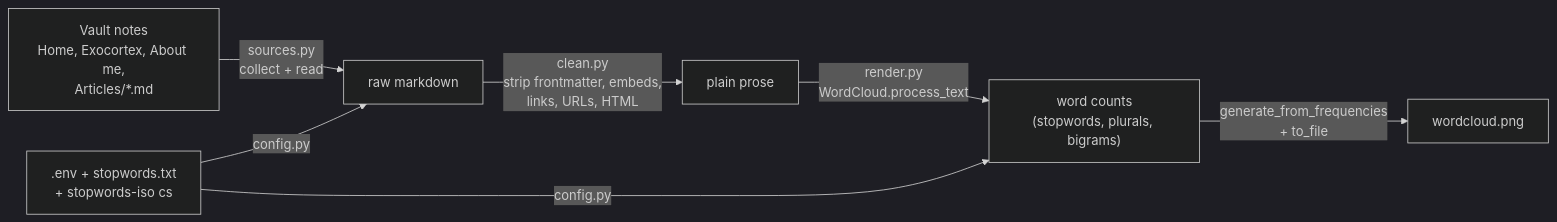
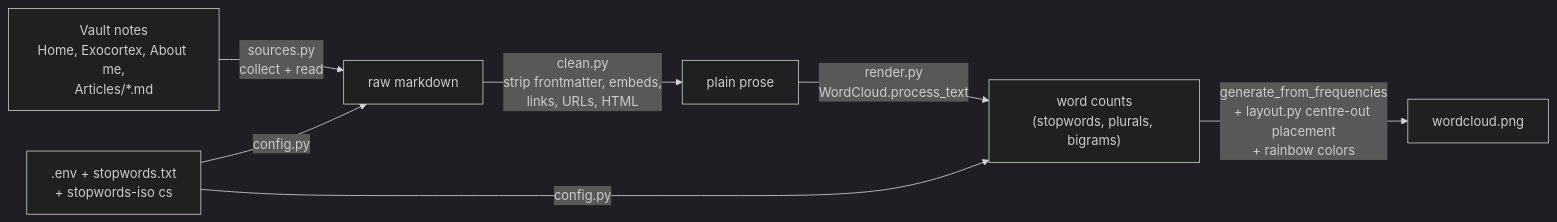
The diagram in README.md (BurnyCoder/curated-wordcloud), drawn with Mermaid (dark theme) before and after one commit. The commit also changed other lines of this file and 3 other files, not shown here.

First line of the commit message:
Wordcloud: center big words, flatter sizes, rainbow colors

````diff
--- a/README.md
+++ b/README.md
@@ -11,8 +11,8 @@
 ```mermaid
 flowchart LR
     A["Vault notes<br/>Home, Exocortex, About me,<br/>Articles/*.md"] -->|sources.py<br/>collect + read| B[raw markdown]
     B -->|clean.py<br/>strip frontmatter, embeds,<br/>links, URLs, HTML| C[plain prose]
     C -->|render.py<br/>WordCloud.process_text| D["word counts<br/>(stopwords, plurals, bigrams)"]
-    D -->|generate_from_frequencies<br/>+ to_file| E[wordcloud.png]
+    D -->|generate_from_frequencies<br/>+ layout.py centre-out placement<br/>+ rainbow colors| E[wordcloud.png]
     F[".env + stopwords.txt<br/>+ stopwords-iso cs"] -->|config.py| B & D
 ```
````
